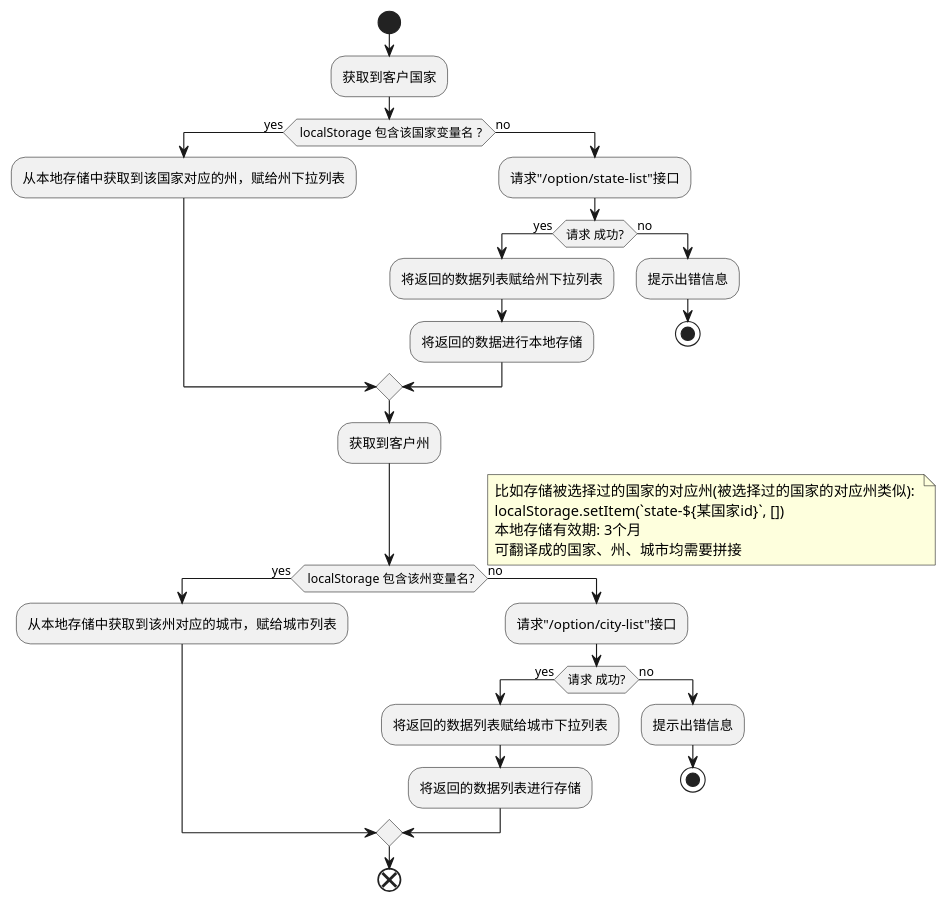
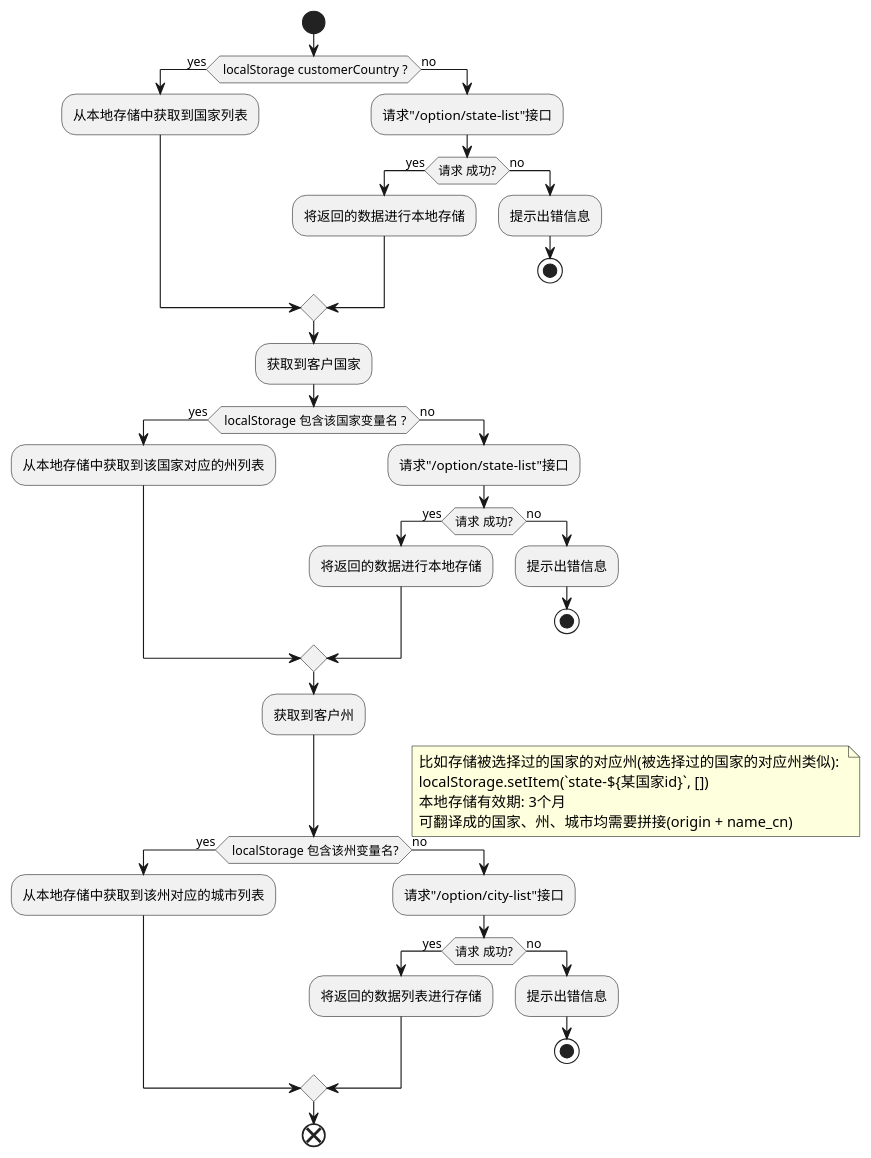
One commit to futurekidult/lis changed the diagram in docs/development-flow-diagram.puml/logistics-list/get-country.puml. Above: the diagram before and after it, drawn with PlantUML. The commit also changed 5 other files, not shown here.

```diff
--- a/docs/development-flow-diagram.puml/logistics-list/get-country.puml
+++ b/docs/development-flow-diagram.puml/logistics-list/get-country.puml
@@ -1,38 +1,47 @@
 @startuml
 
 start
-  :获取到客户国家;
-  if( localStorage 包含该国家变量名 ?) then (yes)
-    :从本地存储中获取到该国家对应的州，赋给州下拉列表;
+ if( localStorage customerCountry ?) then (yes)
+    :从本地存储中获取到国家列表;
   else (no)
     :请求"/option/state-list"接口;
     if(请求 成功?) then (yes)
-      :将返回的数据列表赋给州下拉列表;
+      :将返回的数据进行本地存储;
+    else (no)
+      :提示出错信息;
+      stop
+    endif
+  endif
+  :获取到客户国家;
+  if( localStorage 包含该国家变量名 ?) then (yes)
+    :从本地存储中获取到该国家对应的州列表;
+  else (no)
+    :请求"/option/state-list"接口;
+    if(请求 成功?) then (yes)
       :将返回的数据进行本地存储;
     else (no)
       :提示出错信息;
       stop
     endif
   endif
   :获取到客户州;
   if( localStorage 包含该州变量名?) then (yes)
-    :从本地存储中获取到该州对应的城市，赋给城市列表;
+    :从本地存储中获取到该州对应的城市列表;
   else (no)
     :请求"/option/city-list"接口;
     if(请求 成功?) then (yes)
-      :将返回的数据列表赋给城市下拉列表;
       :将返回的数据列表进行存储;
     else (no)
       :提示出错信息;
       stop
     endif
   endif
   note right
     比如存储被选择过的国家的对应州(被选择过的国家的对应州类似): 
     localStorage.setItem(`state-${某国家id}`, [])
     本地存储有效期: 3个月
-    可翻译成的国家、州、城市均需要拼接
+    可翻译成的国家、州、城市均需要拼接(origin + name_cn)
   end note
 end
 
 @enduml
```
